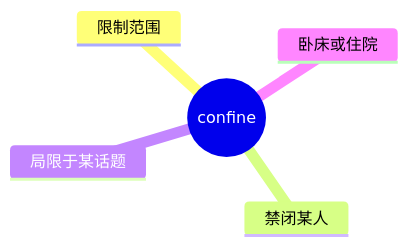
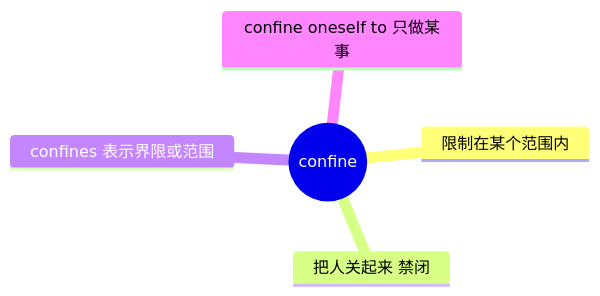
One commit to seki999/DialogueFlow changed the second of 5 diagrams in slides_backup/托业单词/20260630/05.md. Above: the diagram before and after it, drawn with Mermaid. The commit also changed other lines of this file and 28 other files, not shown here.

````diff
--- a/slides_backup/托业单词/20260630/05.md
+++ b/slides_backup/托业单词/20260630/05.md
@@ -31,8 +35,8 @@
 ```mermaid
 mindmap
   root((confine))
-    限制范围
-    禁闭某人
-    局限于某话题
-    卧床或住院
+    限制在某个范围内
+    把人关起来 禁闭
+    confines 表示界限或范围
+    confine oneself to 只做某事
 ```
````
